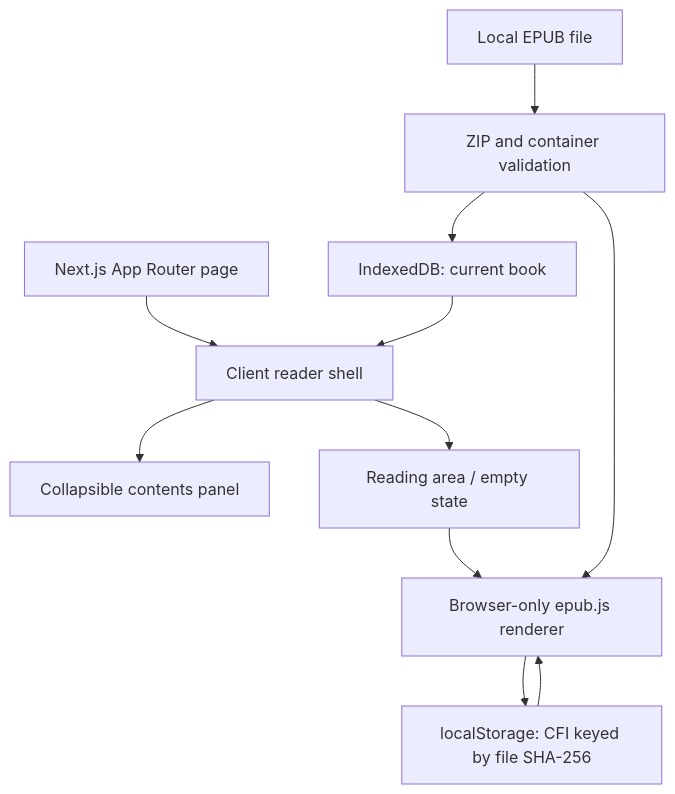
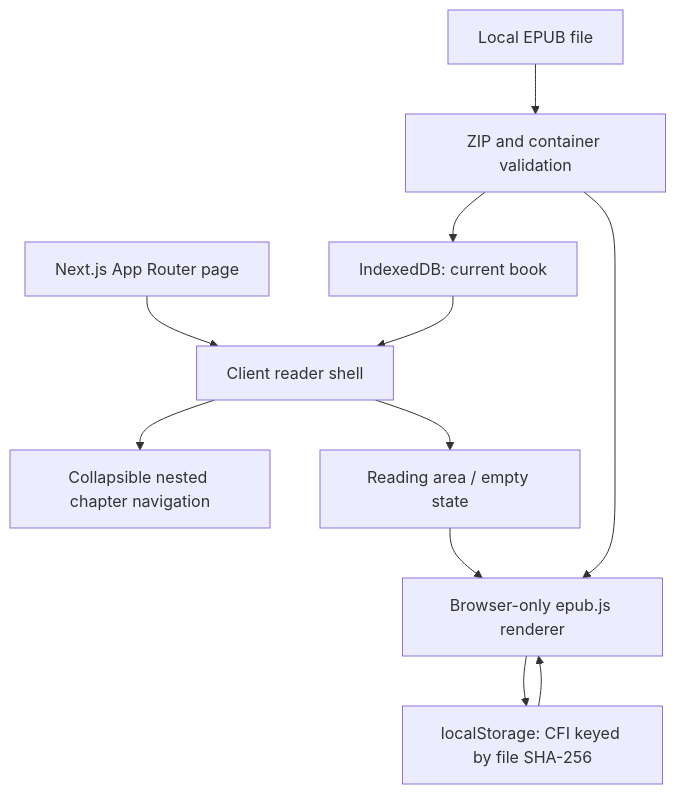
The diagram in README.md (chenkai23/Pinnacle_Demo), drawn with Mermaid before and after one commit. The commit also changed other lines of this file and 7 other files, not shown here.

Commit message:
feat: add nested chapter navigation and current chapter marker

````diff
--- a/README.md
+++ b/README.md
@@ -27,13 +27,13 @@
 ```mermaid
 flowchart TD
     Page[Next.js App Router page] --> Shell[Client reader shell]
-    Shell --> Contents[Collapsible contents panel]
+    Shell --> Contents[Collapsible nested chapter navigation]
     Shell --> Area[Reading area / empty state]
     Area --> Epub[Browser-only epub.js renderer]
     File[Local EPUB file] --> Validation[ZIP and container validation]
     Validation --> Epub
     Validation --> Storage[IndexedDB: current book]
     Storage --> Shell
     Epub --> Position[localStorage: CFI keyed by file SHA-256]
     Position --> Epub
 ```
````
